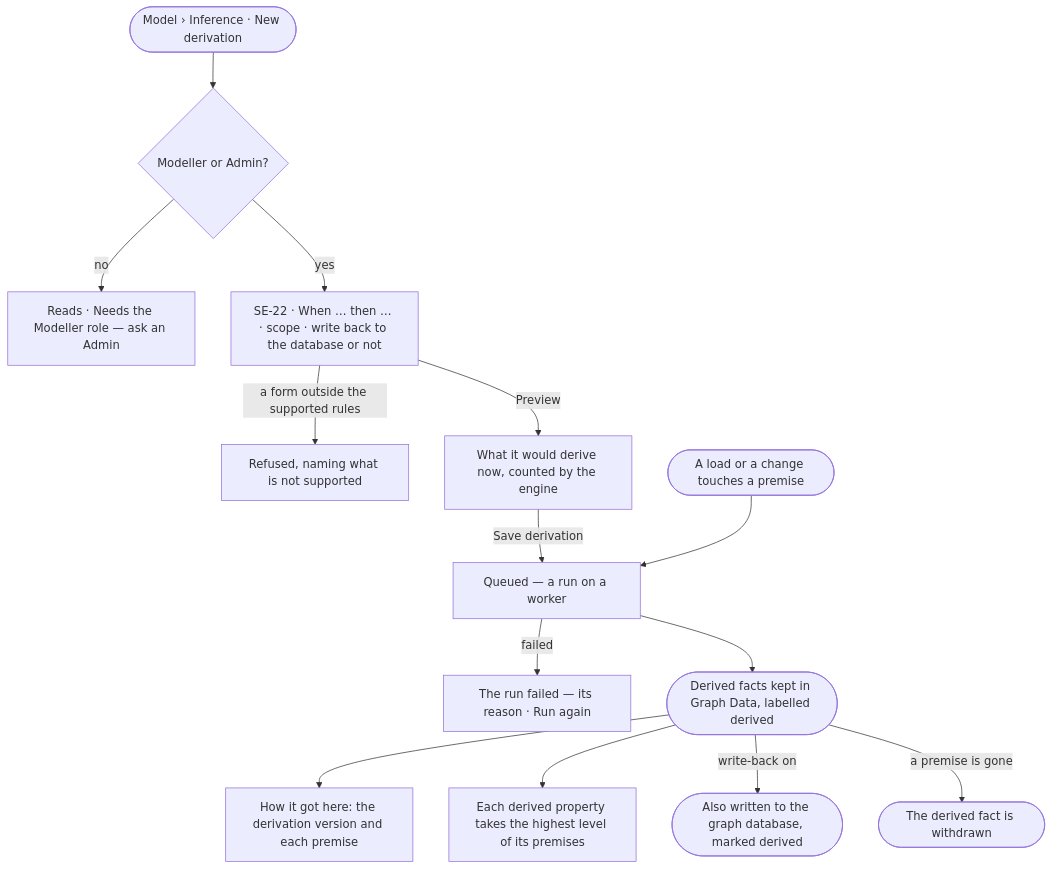
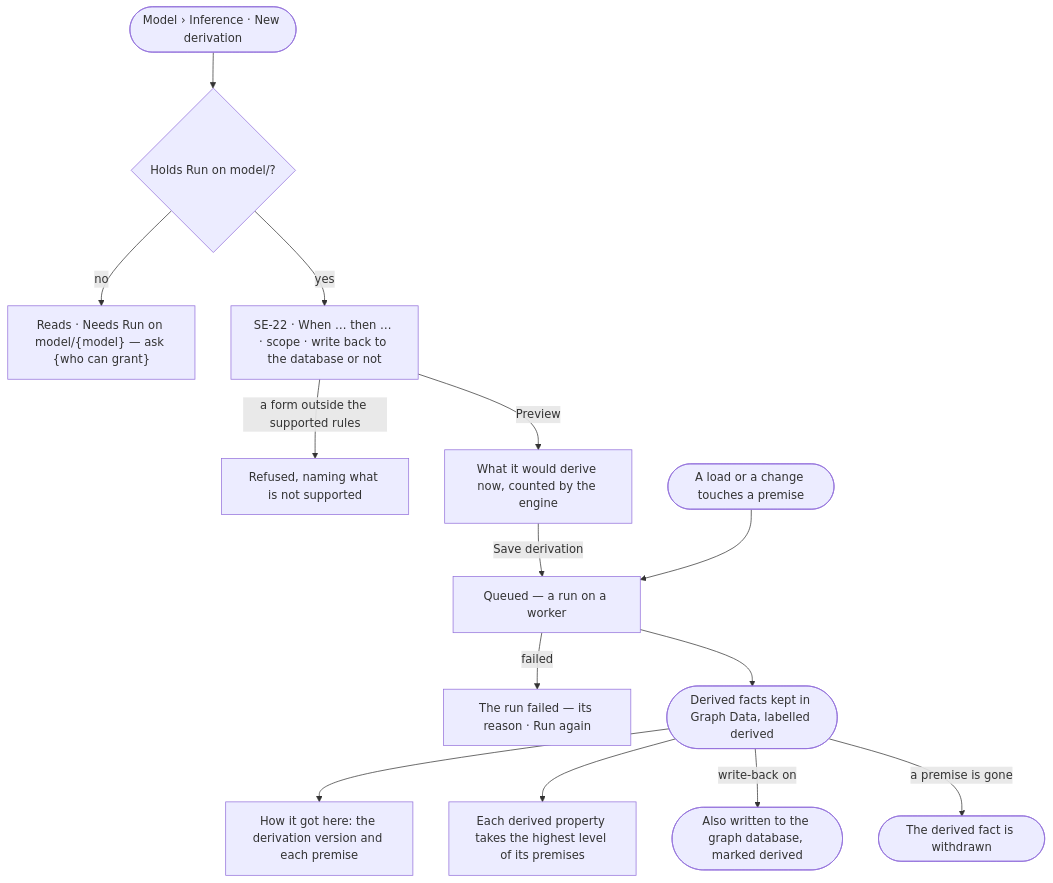
The first of 2 diagrams in specs/capabilities/semantics/features/SE-F08-inference/feature.md (invana/invana), drawn with Mermaid before and after one commit. The commit also changed other lines of this file and 228 other files, not shown here.

````diff
--- a/specs/capabilities/semantics/features/SE-F08-inference/feature.md
+++ b/specs/capabilities/semantics/features/SE-F08-inference/feature.md
@@ -22,16 +22,16 @@
 ```mermaid
 flowchart TD
-  start([Model › Inference · New derivation]) --> may{Modeller or Admin?}
-  may -->|no| na["Reads · Needs the Modeller role — ask an Admin"]
+  start([Model › Inference · New derivation]) --> may{"Holds Run on model/<model>?"}
+  may -->|no| na["Reads · Needs Run on model/{model} — ask {who can grant}"]
   may -->|yes| d["SE-22 · When … then … · scope · write back to the database or not"]
   d -->|a form outside the supported rules| bad["Refused, naming what is not supported"]
   d -->|Preview| pv["What it would derive now, counted by the engine"]
   pv -->|Save derivation| q["Queued — a run on a worker"]
   q -->|failed| ff["The run failed — its reason · Run again"]
   q --> r(["Derived facts kept in Graph Data, labelled derived"])
   r --> h["How it got here: the derivation version and each premise"]
   r --> lv["Each derived property takes the highest level of its premises"]
   r -->|write-back on| wb(["Also written to the graph database, marked derived"])
   ch([A load or a change touches a premise]) --> q
   r -->|a premise is gone| rm(["The derived fact is withdrawn"])
 ```
````
